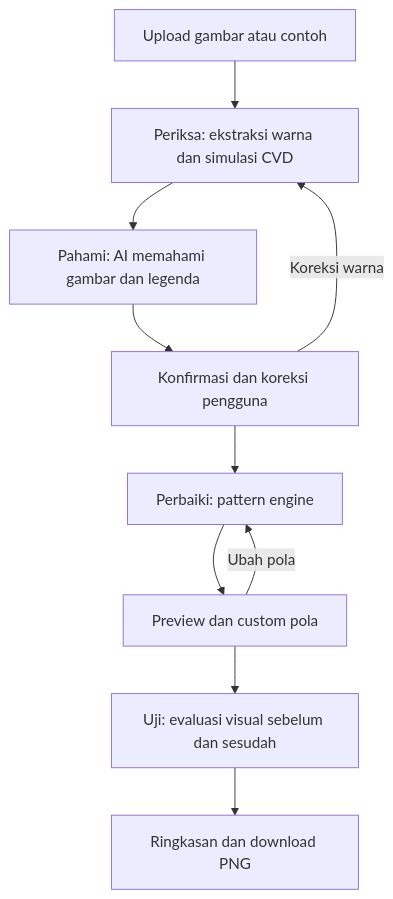
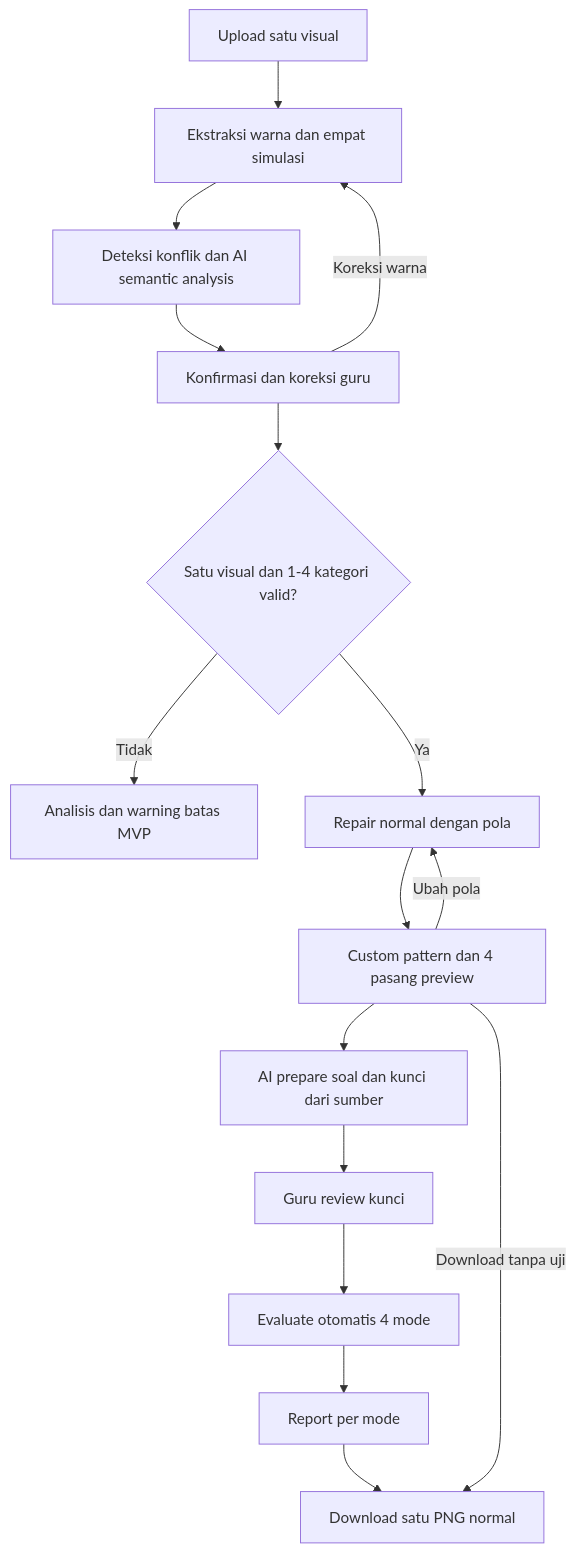
One commit to ricoaldy-e/warnaajar changed the first of 2 diagrams in PRD.md. Above: the diagram before and after it, drawn with Mermaid. The commit also changed other lines of this file and 5 other files, not shown here.

````diff
--- a/PRD.md
+++ b/PRD.md
@@ -124,12 +128,18 @@
 ```mermaid
 flowchart TD
-    A[Upload gambar atau contoh] --> B[Periksa: ekstraksi warna dan simulasi CVD]
-    B --> C[Pahami: AI memahami gambar dan legenda]
-    C --> D[Konfirmasi dan koreksi pengguna]
-    D --> E[Perbaiki: pattern engine]
-    E --> F[Preview dan custom pola]
-    F --> G[Uji: evaluasi visual sebelum dan sesudah]
-    G --> H[Ringkasan dan download PNG]
-    F -->|Ubah pola| E
+    A[Upload satu visual] --> B[Ekstraksi warna dan empat simulasi]
+    B --> C[Deteksi konflik dan AI semantic analysis]
+    C --> D[Konfirmasi dan koreksi guru]
+    D --> E{Satu visual dan 1-4 kategori valid?}
+    E -->|Tidak| X[Analisis dan warning batas MVP]
+    E -->|Ya| F[Repair normal dengan pola]
+    F --> G[Custom pattern dan 4 pasang preview]
+    G -->|Ubah pola| F
     D -->|Koreksi warna| B
+    G --> H[AI prepare soal dan kunci dari sumber]
+    H --> I[Guru review kunci]
+    I --> J[Evaluate otomatis 4 mode]
+    J --> K[Report per mode]
+    K --> L[Download satu PNG normal]
+    G -->|Download tanpa uji| L
 ```
````
